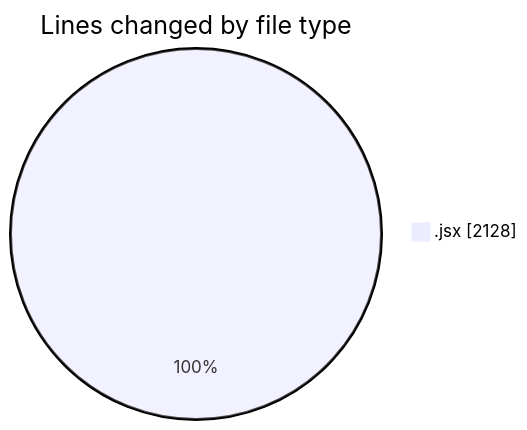
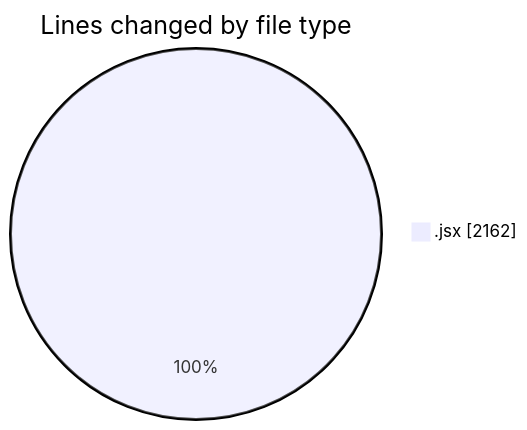
The first of 2 diagrams in 2025-05-13/argos-dev/README.md (nxtqubesakshisongat/code-tracking), drawn with Mermaid before and after one commit. The commit also changed other lines of this file and 1 other file, not shown here.

````diff
--- a/2025-05-13/argos-dev/README.md
+++ b/2025-05-13/argos-dev/README.md
@@ -23,5 +23,5 @@
 ```mermaid
 pie showData
 title Lines changed by file type
-".jsx" : 2128
+".jsx" : 2162
 ```
````
